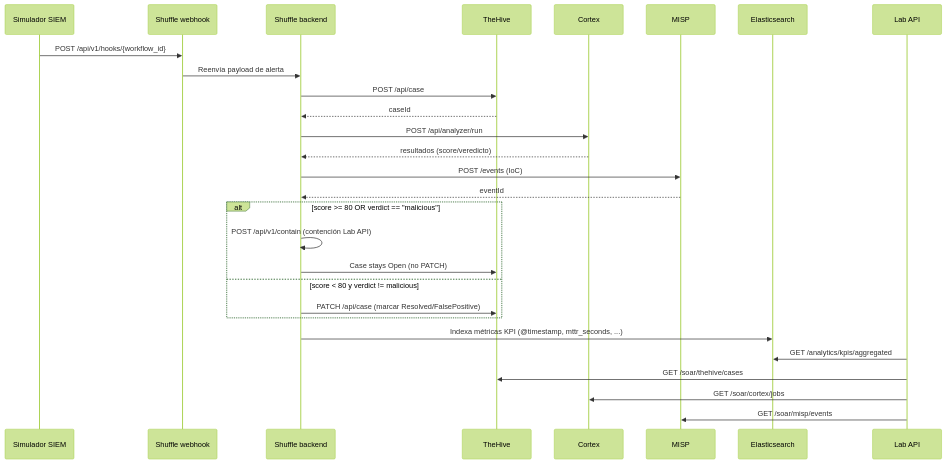
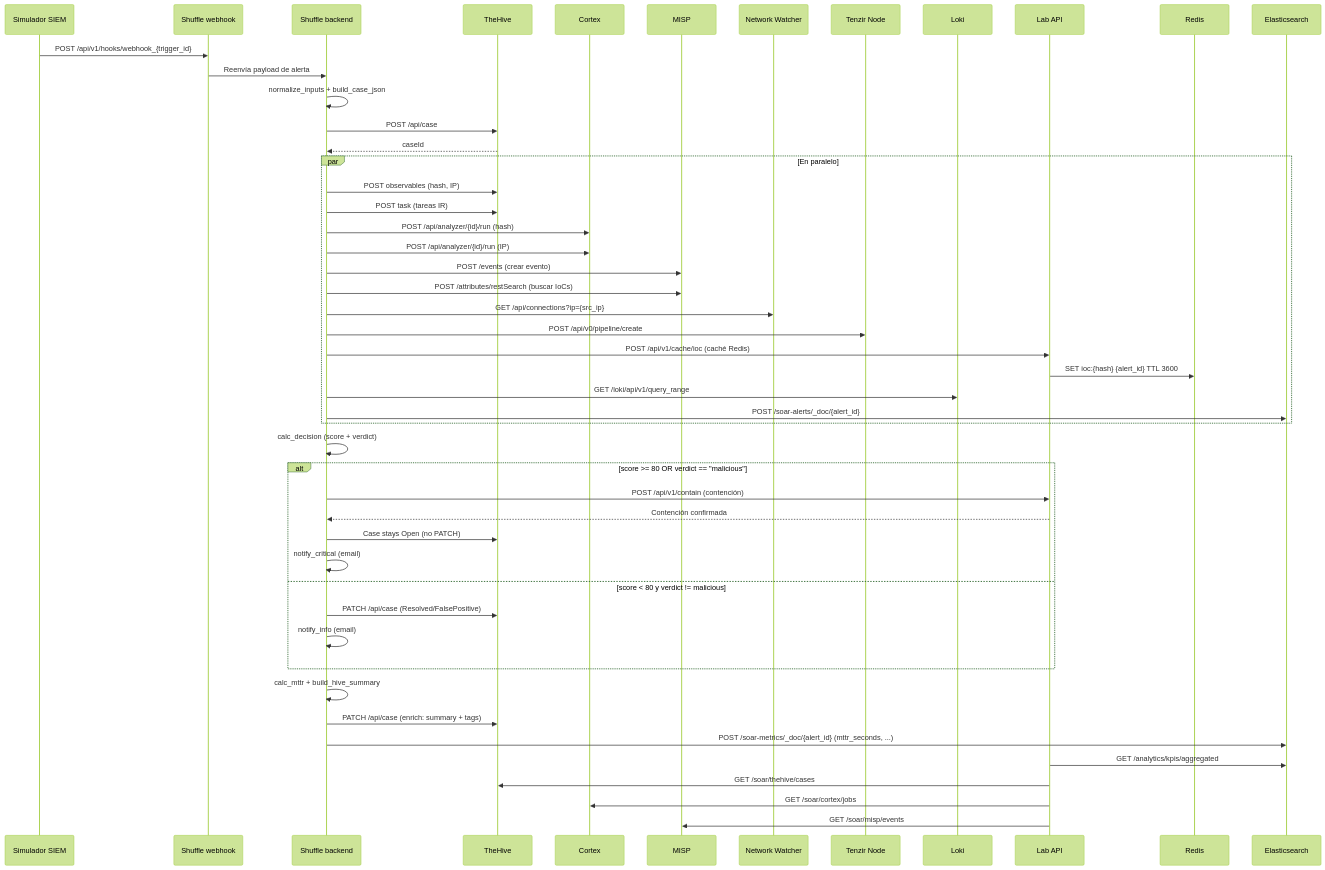
The fifth of 12 diagrams in docs/thesis/appendix_f.md (alesanfe/soar-ransomware-lab), drawn with Mermaid (forest theme) before and after one commit.

First paragraph of the commit message:
fix(thesis): Anexo F.5 - anade contenedores y pasos faltantes del workflow
F.5 omitia 4 contenedores con acciones reales y simplificaba demasiado
el flujo. Verificado contra workflow_actions.py (build_actions +
build_branches) e init_shuffle_webhook.py:

````diff
--- a/docs/thesis/appendix_f.md
+++ b/docs/thesis/appendix_f.md
@@ -217,31 +217,52 @@
 ```mermaid
 sequenceDiagram
  participant Sim as Simulador SIEM
  participant Shuffle as Shuffle webhook
  participant Backend as Shuffle backend
  participant TheHive as TheHive
  participant Cortex as Cortex
  participant MISP as MISP
+ participant NW as Network Watcher
+ participant Tenzir as Tenzir Node
+ participant Loki as Loki
+ participant API as Lab API
+ participant Redis as Redis
  participant ES as Elasticsearch
- participant API as Lab API
 
- Sim->>Shuffle: POST /api/v1/hooks/{workflow_id}
+ Sim->>Shuffle: POST /api/v1/hooks/webhook_{trigger_id}
  Shuffle->>Backend: Reenvía payload de alerta
+ Backend->>Backend: normalize_inputs + build_case_json
  Backend->>TheHive: POST /api/case
  TheHive-->>Backend: caseId
- Backend->>Cortex: POST /api/analyzer/run
- Cortex-->>Backend: resultados (score/veredicto)
- Backend->>MISP: POST /events (IoC)
- MISP-->>Backend: eventId
+ par En paralelo
+   Backend->>TheHive: POST observables (hash, IP)
+   Backend->>TheHive: POST task (tareas IR)
+   Backend->>Cortex: POST /api/analyzer/{id}/run (hash)
+   Backend->>Cortex: POST /api/analyzer/{id}/run (IP)
+   Backend->>MISP: POST /events (crear evento)
+   Backend->>MISP: POST /attributes/restSearch (buscar IoCs)
+   Backend->>NW: GET /api/connections?ip={src_ip}
+   Backend->>Tenzir: POST /api/v0/pipeline/create
+   Backend->>API: POST /api/v1/cache/ioc (caché Redis)
+   API->>Redis: SET ioc:{hash} {alert_id} TTL 3600
+   Backend->>Loki: GET /loki/api/v1/query_range
+   Backend->>ES: POST /soar-alerts/_doc/{alert_id}
+ end
+ Backend->>Backend: calc_decision (score + verdict)
  alt score >= 80 OR verdict == "malicious"
- Backend->>Backend: POST /api/v1/contain (contención Lab API)
- Backend->>TheHive: Case stays Open (no PATCH)
+   Backend->>API: POST /api/v1/contain (contención)
+   API-->>Backend: Contención confirmada
+   Backend->>TheHive: Case stays Open (no PATCH)
+   Backend->>Backend: notify_critical (email)
  else score < 80 y verdict != malicious
- Backend->>TheHive: PATCH /api/case (marcar Resolved/FalsePositive)
+   Backend->>TheHive: PATCH /api/case (Resolved/FalsePositive)
+   Backend->>Backend: notify_info (email)
  end
- Backend->>ES: Indexa métricas KPI (@timestamp, mttr_seconds, ...)
+ Backend->>Backend: calc_mttr + build_hive_summary
+ Backend->>TheHive: PATCH /api/case (enrich: summary + tags)
+ Backend->>ES: POST /soar-metrics/_doc/{alert_id} (mttr_seconds, ...)
  API->>ES: GET /analytics/kpis/aggregated
  API->>TheHive: GET /soar/thehive/cases
  API->>Cortex: GET /soar/cortex/jobs
  API->>MISP: GET /soar/misp/events
 ```
````
